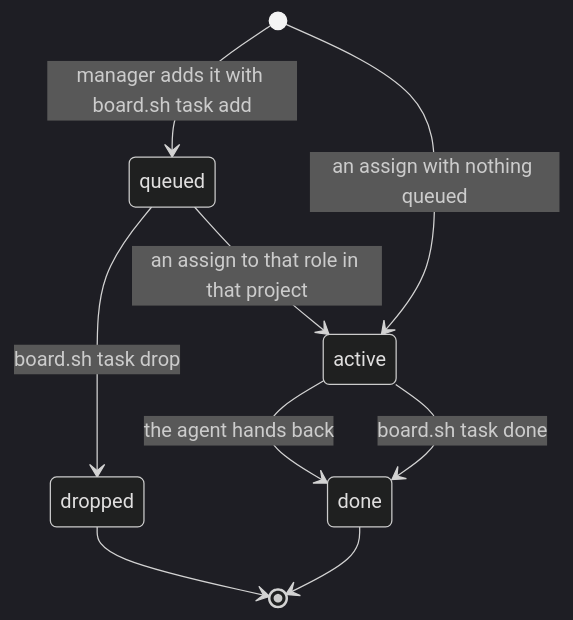
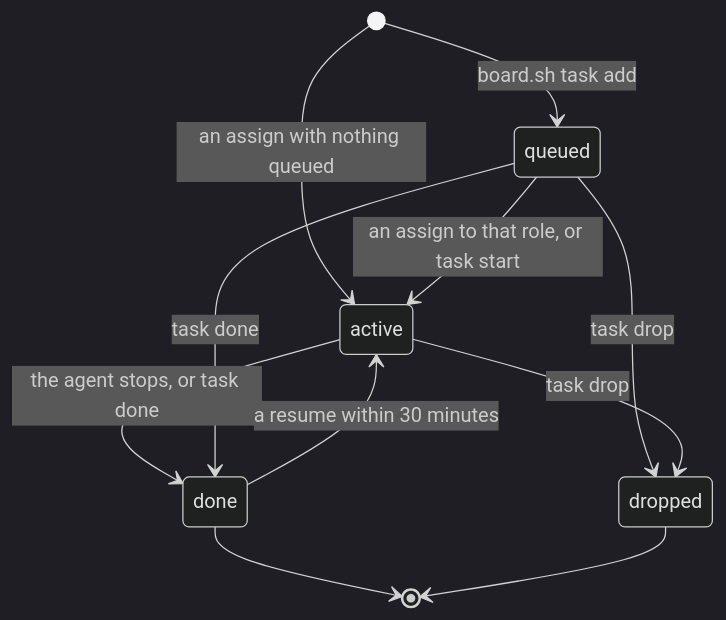
One commit to amanpatil808/claude-crew changed the fourth of 4 diagrams in docs/how-it-works.md. Above: the diagram before and after it, drawn with Mermaid (dark theme). The commit also changed other lines of this file and 1 other file, not shown here.

Commit message:
Crew docs match board v2: task rules, picker, Using the board (Shizuka)

````diff
--- a/docs/how-it-works.md
+++ b/docs/how-it-works.md
@@ -157,11 +158,13 @@
 ```mermaid
 stateDiagram-v2
-    [*] --> queued : manager adds it with board.sh task add
-    queued --> active : an assign to that role in that project
+    [*] --> queued : board.sh task add
     [*] --> active : an assign with nothing queued
-    active --> done : the agent hands back
-    queued --> dropped : board.sh task drop
-    active --> done : board.sh task done
+    queued --> active : an assign to that role, or task start
+    active --> done : the agent stops, or task done
+    queued --> done : task done
+    queued --> dropped : task drop
+    active --> dropped : task drop
+    done --> active : a resume within 30 minutes
+    done --> [*]
     dropped --> [*]
-    done --> [*]
 ```
````
